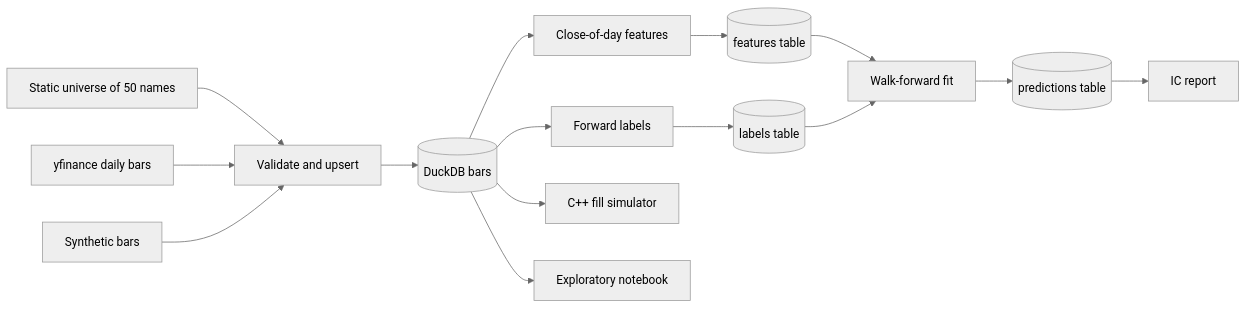
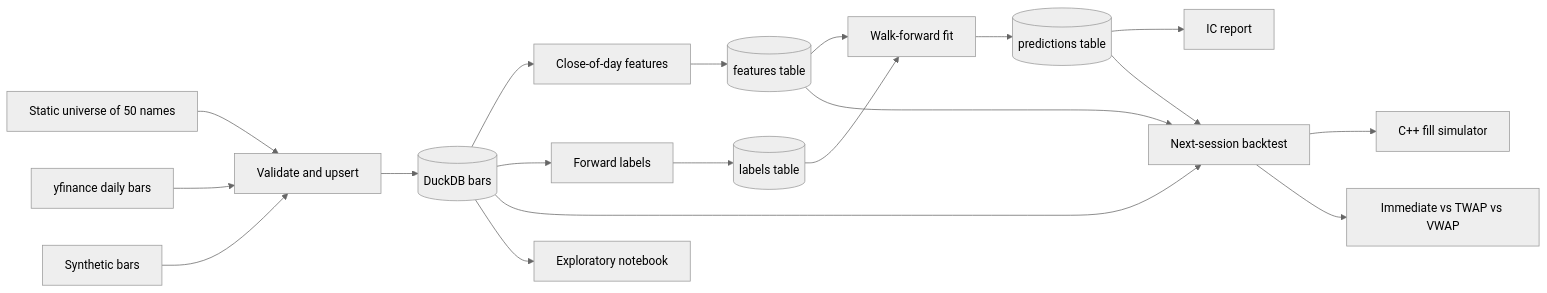
The diagram in docs/DESIGN_DECISIONS.md (julianthant/driftwood), drawn with Mermaid (neutral theme) before and after one commit. The commit also changed other lines of this file and 2 other files, not shown here.

Commit message:
docs: explain the next-session backtest and the schedule comparison

````diff
--- a/docs/DESIGN_DECISIONS.md
+++ b/docs/DESIGN_DECISIONS.md
@@ -22,32 +22,38 @@
 ```mermaid
 flowchart LR
   universe[Static universe of 50 names]
   yfinance[yfinance daily bars]
   synthetic[Synthetic bars]
   ingest[Validate and upsert]
   bars[(DuckDB bars)]
   featfn[Close-of-day features]
   labelfn[Forward labels]
   features[(features table)]
   labels[(labels table)]
   train[Walk-forward fit]
   predictions[(predictions table)]
   report[IC report]
   sim[C++ fill simulator]
+  backtest[Next-session backtest]
+  compare[Immediate vs TWAP vs VWAP]
   notebook[Exploratory notebook]
 
   universe --> ingest
   yfinance --> ingest
   synthetic --> ingest
   ingest --> bars
   bars --> featfn
   bars --> labelfn
   featfn --> features
   labelfn --> labels
   features --> train
   labels --> train
   train --> predictions
   predictions --> report
-  bars --> sim
+  predictions --> backtest
+  bars --> backtest
+  features --> backtest
+  backtest --> sim
+  backtest --> compare
   bars --> notebook
 ```
````
